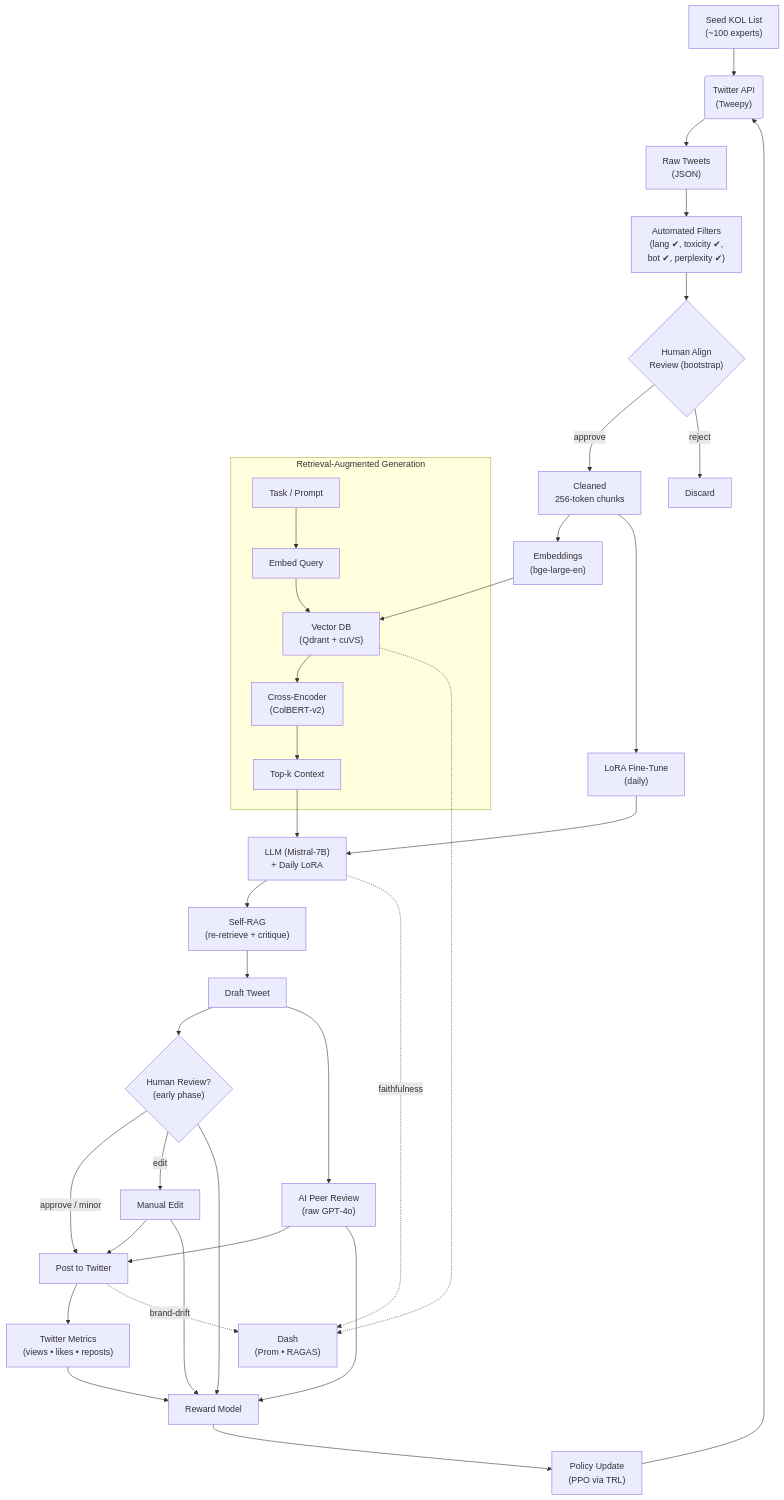
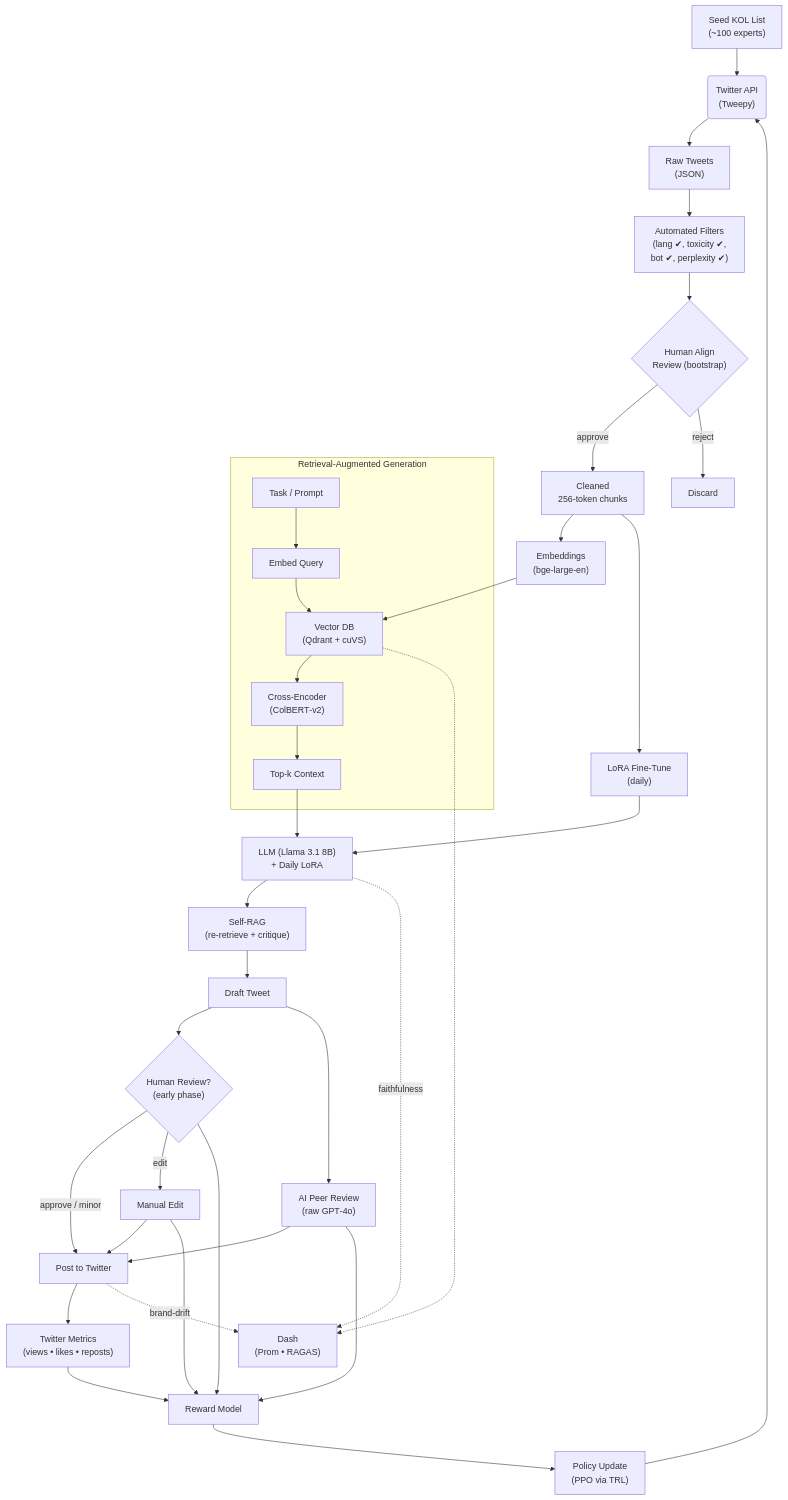
Before and after one commit to Slimebro1231/Xinfluencer: the diagram in flow.md, drawn with Mermaid. The commit also changed other lines of this file and 24 other files, not shown here.

````diff
--- a/flow.md
+++ b/flow.md
@@ -7,56 +7,56 @@
 ```mermaid
 flowchart TD
     %% ========== INGESTION ==========
     KOL["Seed KOL List<br/>(~100 experts)"] --> TWAPI("Twitter API<br/>(Tweepy)")
     TWAPI --> RAW["Raw Tweets<br/>(JSON)"]
 
     %% ========== DATA QUALITY & HUMAN ALIGNMENT ==========
     RAW --> QC["Automated Filters<br/>(lang ✔, toxicity ✔,<br/>bot ✔, perplexity ✔)"]
     QC --> HREV{"Human Align<br/>Review (bootstrap)"}
     HREV -- "approve" --> CHUNK["Cleaned<br/>256‑token chunks"]
     HREV -- "reject" --> DISCARD["Discard"]
 
     %% ========== VECTOR & RAG ==========
     CHUNK --> EMB["Embeddings<br/>(bge‑large‑en)"]
     EMB --> VDB["Vector DB<br/>(Qdrant + cuVS)"]
 
     subgraph RAG["Retrieval‑Augmented Generation"]
         QUERY["Task / Prompt"] --> QEMB["Embed Query"]
         QEMB --> VDB
         VDB --> RERANK["Cross‑Encoder<br/>(ColBERT‑v2)"]
         RERANK --> CONTEXT["Top‑k Context"]
     end
 
     %% ========== GENERATION & SELF‑CRITIQUE ==========
-    CONTEXT --> LLM["LLM (Mistral‑7B)<br/>+ Daily LoRA"]
+    CONTEXT --> LLM["LLM (Llama 3.1 8B)<br/>+ Daily LoRA"]
     LLM --> SELF["Self‑RAG<br/>(re‑retrieve + critique)"]
     SELF --> DRAFT["Draft Tweet"]
 
     %% ========== REVIEW CHANNELS ==========
     DRAFT --> POREV{"Human Review?<br/>(early phase)"}
     DRAFT --> AIREV["AI Peer Review<br/>(raw GPT‑4o)"]
 
     POREV -- "approve / minor" --> POST["Post to Twitter"]
     POREV -- "edit" --> EDIT["Manual Edit"]
     EDIT --> POST
     EDIT --> REWARD
     AIREV --> POST
 
     %% ========== FEEDBACK / REWARD ==========
     POST --> METRICS["Twitter Metrics<br/>(views • likes • reposts)"]
     POREV --> REWARD["Reward Model"]
     AIREV --> REWARD
     METRICS --> REWARD
 
     REWARD --> PPO["Policy Update<br/>(PPO via TRL)"]
     PPO --> TWAPI
 
     %% ========== CONTINUAL TUNING ==========
     CHUNK --> LORAFT["LoRA Fine‑Tune<br/>(daily)"]
     LORAFT --> LLM
 
     %% ========== MONITORING ==========
     VDB -.-> DASH["Dash<br/>(Prom • RAGAS)"]
     LLM -. faithfulness .-> DASH
     POST -. brand‑drift .-> DASH
 ```
````
